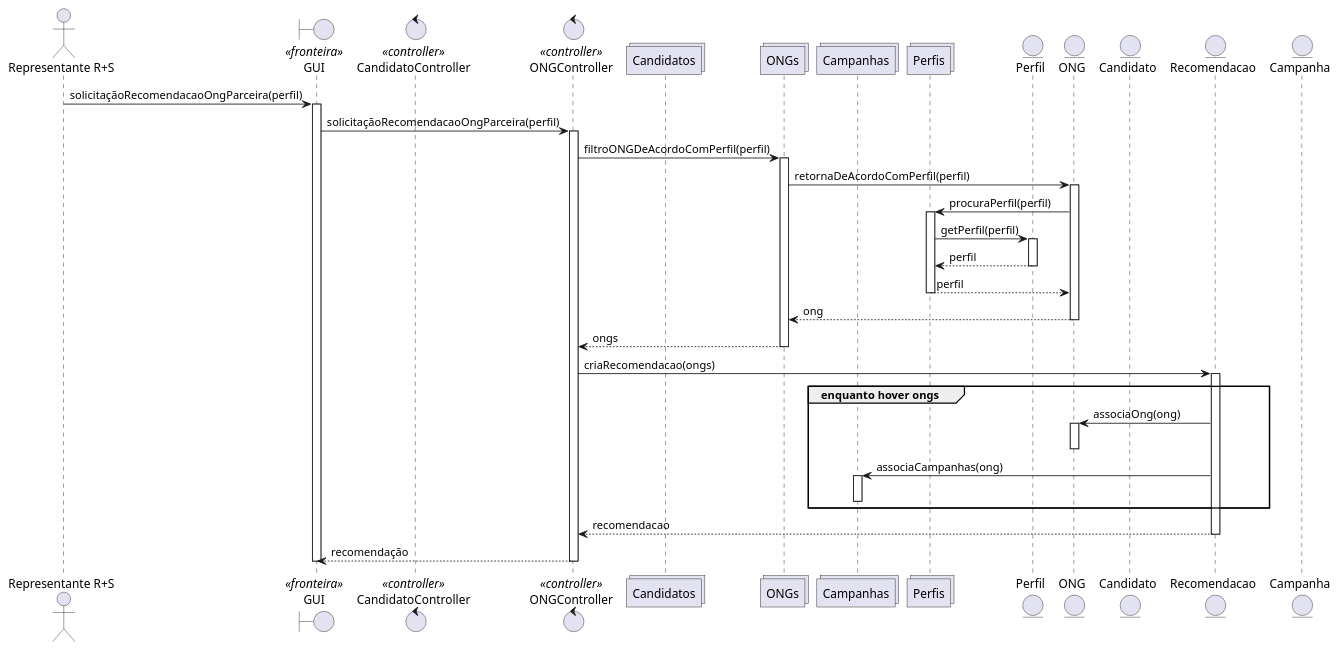
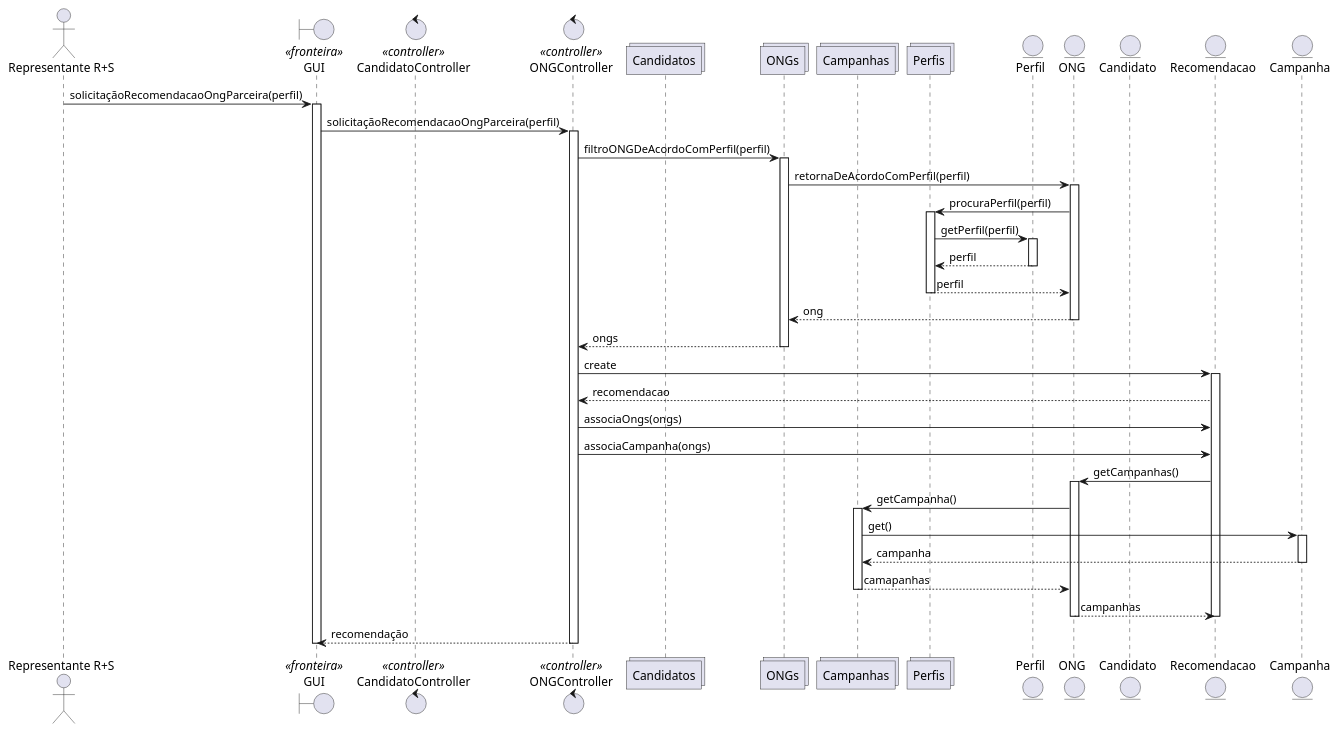
The diagram in diagrama-sequencia/uc003/fluxo-principal/fluxo-principal-2-5.puml (guisgiacomini/redeMaisSocialProjetoSoftware), drawn with PlantUML before and after one commit. The commit also changed other lines of this file, not shown here.

Commit message:
Diagrama de Sequencia UC003: Parcial.

```diff
--- a/diagrama-sequencia/uc003/fluxo-principal/fluxo-principal-2-5.puml
+++ b/diagrama-sequencia/uc003/fluxo-principal/fluxo-principal-2-5.puml
@@ -2,61 +1,67 @@
 @startuml
 actor "Representante R+S" as representante
 boundary "GUI" as gui <<fronteira>>
 control "CandidatoController" as candidatoController <<controller>>
 control "ONGController" as ongController<<controller>>
 
 collections "Candidatos" as candidatos
 collections "ONGs" as ongs
 collections "Campanhas" as campanhas
 collections "Perfis" as perfis
 
 entity "Perfil" as perfil
 entity "ONG" as ong
 entity "Candidato" as candidato
 entity "Recomendacao" as recomendacao
 entity "Campanha" as campanha
 
 
 representante -> gui: solicitaçãoRecomendacaoOngParceira(perfil)
 activate gui
     gui -> ongController: solicitaçãoRecomendacaoOngParceira(perfil)
     activate ongController
         ongController -> ongs: filtroONGDeAcordoComPerfil(perfil)
         activate ongs
             ongs -> ong: retornaDeAcordoComPerfil(perfil)
             
             activate ong
                 ong -> perfis: procuraPerfil(perfil)
                 activate  perfis
                     perfis -> perfil: getPerfil(perfil)
                         activate perfil
                             perfil --> perfis: perfil
                         deactivate perfil
                     perfis --> ong: perfil
                 deactivate perfis
                 ong --> ongs: ong
             deactivate ong
             ongs --> ongController: ongs
 
         deactivate ongs
 
 
-        ongController -> recomendacao: criaRecomendacao(ongs)
+        ongController -> recomendacao: create
         activate recomendacao
-            group  enquanto hover ongs
-                recomendacao -> ong: associaOng(ong)
+                recomendacao --> ongController: recomendacao
+                ongController -> recomendacao: associaOngs(ongs)
+                ongController -> recomendacao: associaCampanha(ongs)
+                recomendacao -> ong: getCampanhas()
                 activate ong
+                ong -> campanhas: getCampanha()
+                activate campanhas
+                campanhas -> campanha: get()
+                activate campanha
+                    campanha --> campanhas: campanha
+                deactivate campanha
+                campanhas --> ong: camapanhas
+                deactivate campanhas
+                ong --> recomendacao: campanhas
                 deactivate ong
-                recomendacao -> campanhas: associaCampanhas(ong)
-                activate campanhas
-                    
-                deactivate campanhas
-            end
-            recomendacao --> ongController: recomendacao
+            
         deactivate recomendacao
         ongController --> gui: recomendação 
     deactivate ongController
 deactivate gui
 
 
 @enduml
```
